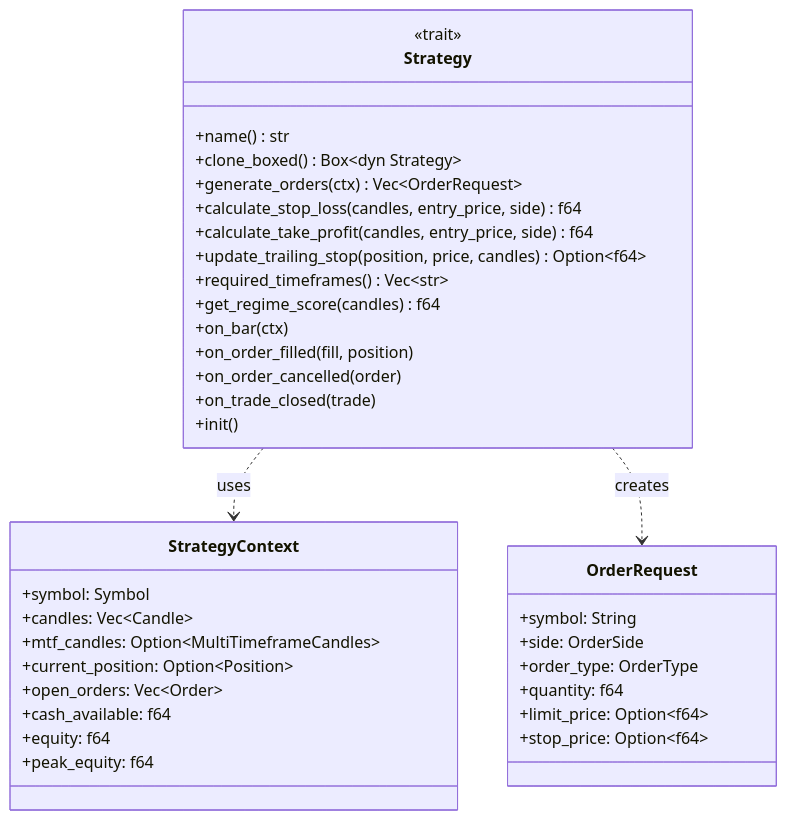
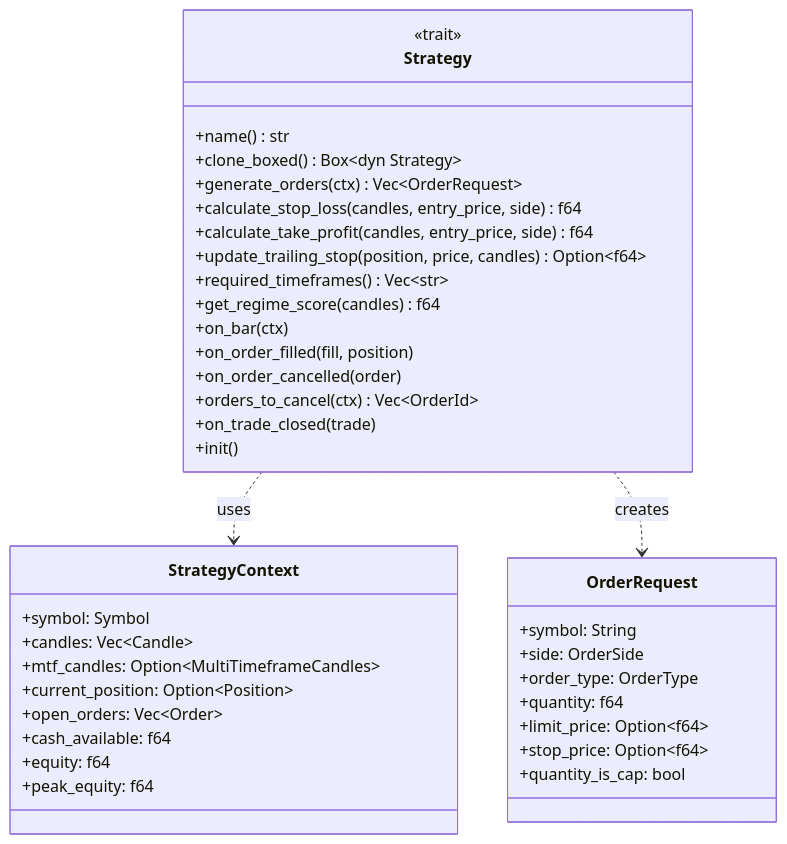
Before and after one commit to P0W/crypto-strategies: the fifth of 8 diagrams in docs/ARCHITECTURE.md, drawn with Mermaid. The commit also changed other lines of this file and 30 other files, not shown here.

````diff
--- a/docs/ARCHITECTURE.md
+++ b/docs/ARCHITECTURE.md
@@ -206,42 +206,44 @@
 ```mermaid
 classDiagram
     class Strategy {
         <<trait>>
         +name() str
         +clone_boxed() Box~dyn Strategy~
         +generate_orders(ctx) Vec~OrderRequest~
         +calculate_stop_loss(candles, entry_price, side) f64
         +calculate_take_profit(candles, entry_price, side) f64
         +update_trailing_stop(position, price, candles) Option~f64~
         +required_timeframes() Vec~str~
         +get_regime_score(candles) f64
         +on_bar(ctx)
         +on_order_filled(fill, position)
         +on_order_cancelled(order)
+        +orders_to_cancel(ctx) Vec~OrderId~
         +on_trade_closed(trade)
         +init()
     }
 
     class StrategyContext {
         +symbol: Symbol
         +candles: Vec~Candle~
         +mtf_candles: Option~MultiTimeframeCandles~
         +current_position: Option~Position~
         +open_orders: Vec~Order~
         +cash_available: f64
         +equity: f64
         +peak_equity: f64
     }
 
     class OrderRequest {
         +symbol: String
         +side: OrderSide
         +order_type: OrderType
         +quantity: f64
         +limit_price: Option~f64~
         +stop_price: Option~f64~
+        +quantity_is_cap: bool
     }
 
     Strategy ..> StrategyContext : uses
     Strategy ..> OrderRequest : creates
 ```
````
